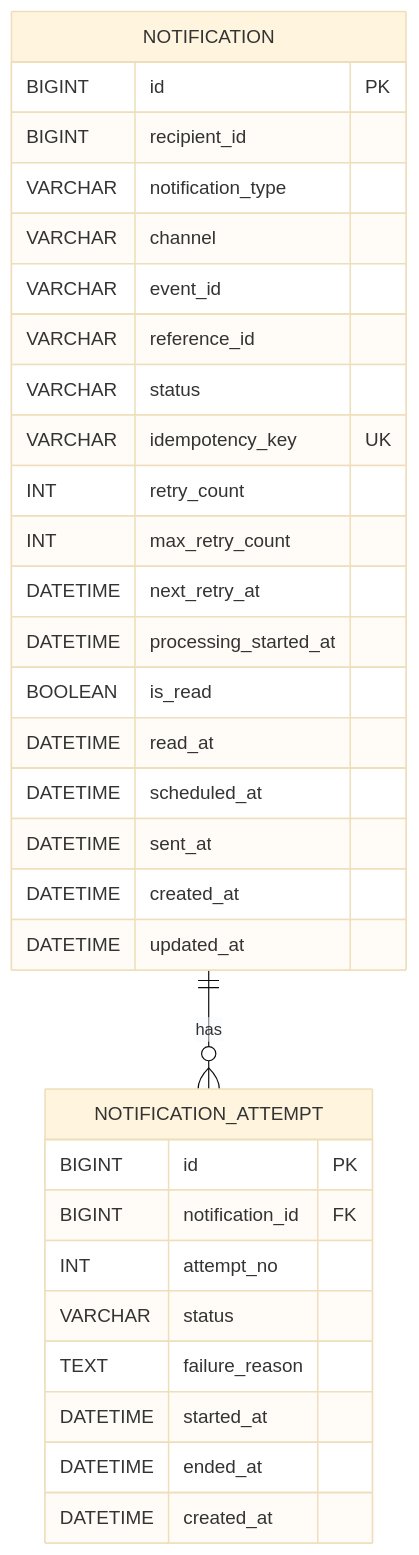
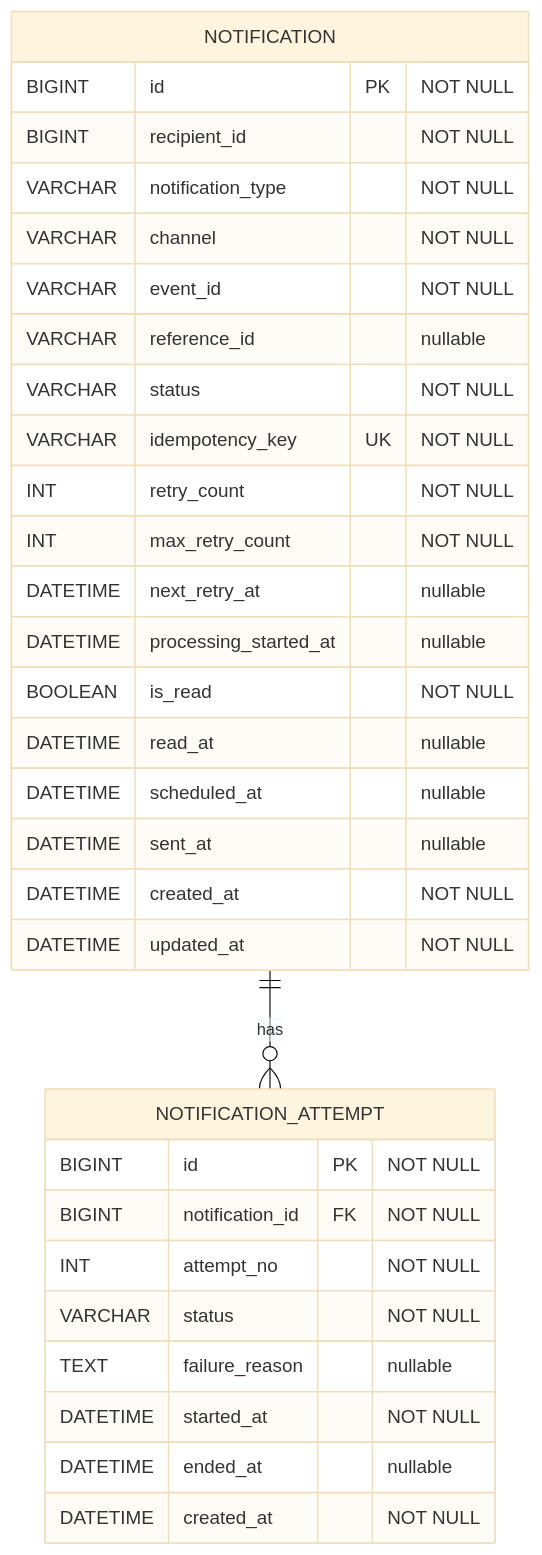
Before and after one commit to microsaurs/async-notification-system: the diagram in ERD.md, drawn with Mermaid (base theme). The commit also changed 2 other files, not shown here.

Commit message:
fix: eventId NOT NULL 제약 추가 및 관련 문서 업데이트

````diff
--- a/ERD.md
+++ b/ERD.md
@@ -3,36 +3,36 @@
 ```mermaid
 erDiagram
     NOTIFICATION ||--o{ NOTIFICATION_ATTEMPT : has
 
     NOTIFICATION {
-        BIGINT id PK
-        BIGINT recipient_id
-        VARCHAR notification_type
-        VARCHAR channel
-        VARCHAR event_id
-        VARCHAR reference_id
-        VARCHAR status
-        VARCHAR idempotency_key UK
-        INT retry_count
-        INT max_retry_count
-        DATETIME next_retry_at
-        DATETIME processing_started_at
-        BOOLEAN is_read
-        DATETIME read_at
-        DATETIME scheduled_at
-        DATETIME sent_at
-        DATETIME created_at
-        DATETIME updated_at
+        BIGINT id PK "NOT NULL"
+        BIGINT recipient_id "NOT NULL"
+        VARCHAR notification_type "NOT NULL"
+        VARCHAR channel "NOT NULL"
+        VARCHAR event_id "NOT NULL"
+        VARCHAR reference_id "nullable"
+        VARCHAR status "NOT NULL"
+        VARCHAR idempotency_key UK "NOT NULL"
+        INT retry_count "NOT NULL"
+        INT max_retry_count "NOT NULL"
+        DATETIME next_retry_at "nullable"
+        DATETIME processing_started_at "nullable"
+        BOOLEAN is_read "NOT NULL"
+        DATETIME read_at "nullable"
+        DATETIME scheduled_at "nullable"
+        DATETIME sent_at "nullable"
+        DATETIME created_at "NOT NULL"
+        DATETIME updated_at "NOT NULL"
     }
 
     NOTIFICATION_ATTEMPT {
-        BIGINT id PK
-        BIGINT notification_id FK
-        INT attempt_no
-        VARCHAR status
-        TEXT failure_reason
-        DATETIME started_at
-        DATETIME ended_at
-        DATETIME created_at
+        BIGINT id PK "NOT NULL"
+        BIGINT notification_id FK "NOT NULL"
+        INT attempt_no "NOT NULL"
+        VARCHAR status "NOT NULL"
+        TEXT failure_reason "nullable"
+        DATETIME started_at "NOT NULL"
+        DATETIME ended_at "nullable"
+        DATETIME created_at "NOT NULL"
     }
 ```
````
